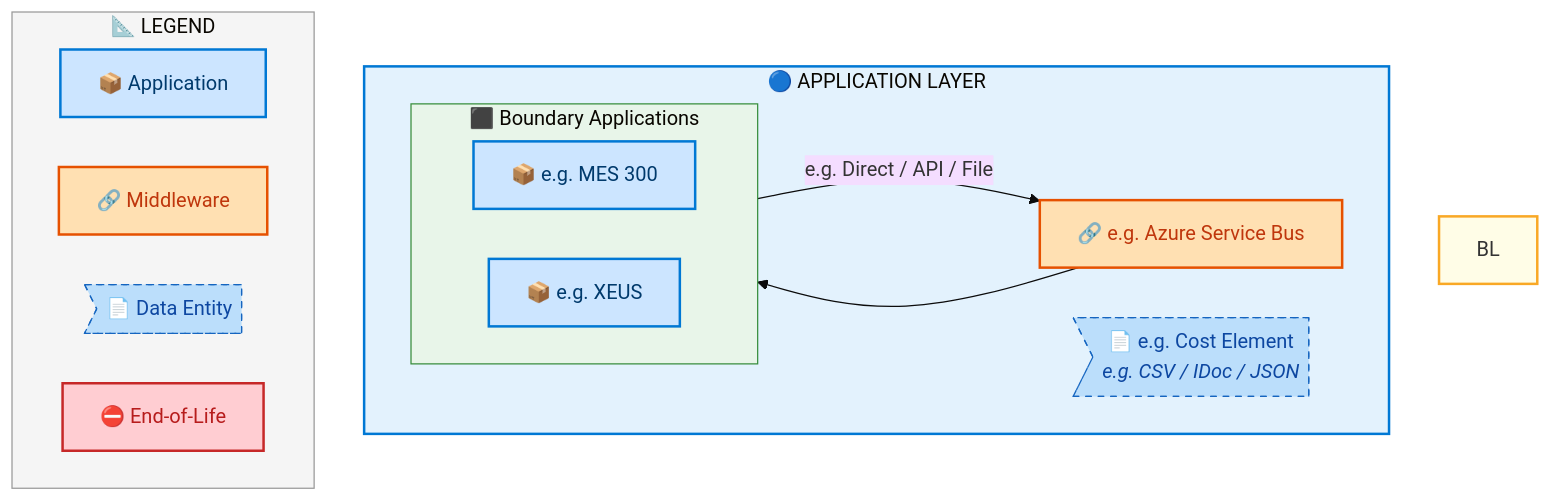
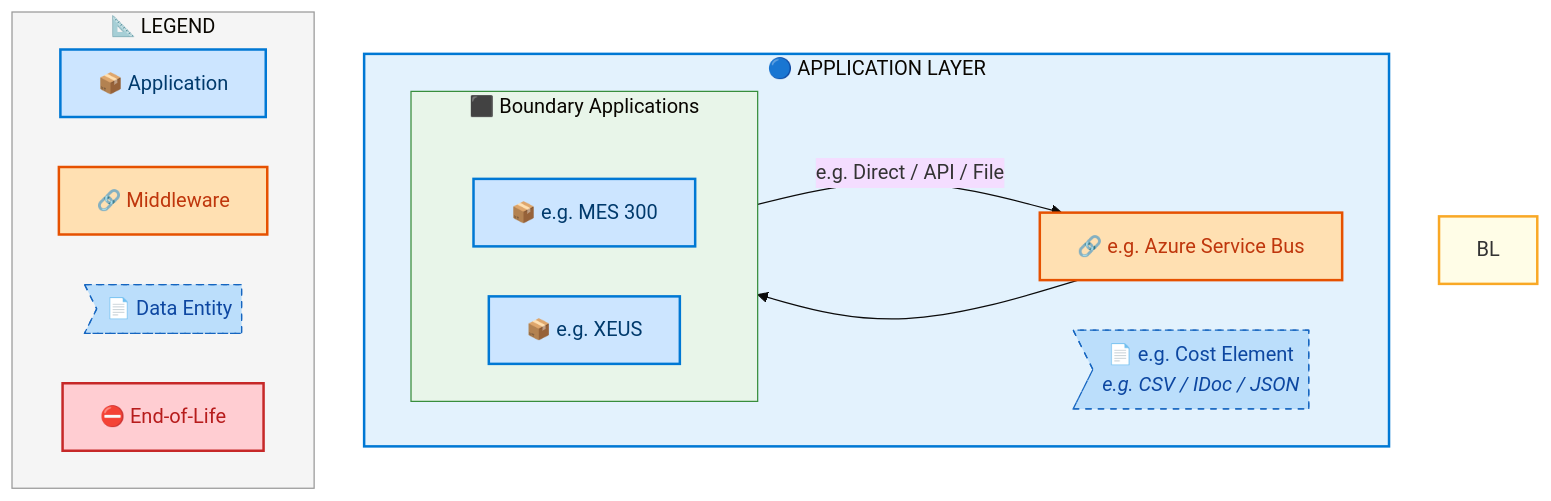
One commit to sajivfrancis777/IAO-Architecture changed the fourth of 7 diagrams in towers/E2E/Forecast to Stock/E2E-122/output/docs/systems-architecture/E2E-122-Architecture.md. Above: the diagram before and after it, drawn with Mermaid. The commit also changed other lines of this file and 250 other files, not shown here.

First line of the commit message:
perf+fix: lazy Mermaid rendering + rank-enforced layer ordering

````diff
--- a/towers/E2E/Forecast to Stock/E2E-122/output/docs/systems-architecture/E2E-122-Architecture.md
+++ b/towers/E2E/Forecast to Stock/E2E-122/output/docs/systems-architecture/E2E-122-Architecture.md
@@ -455,42 +455,44 @@
 ```mermaid
 %%{init: {"theme": "base", "securityLevel": "loose", "themeVariables": {"fontSize": "16px", "fontFamily": "Segoe UI, Arial, sans-serif"}, "flowchart": {"useMaxWidth": false, "htmlLabels": true, "nodeSpacing": 40, "rankSpacing": 50}} }%%
 flowchart TB
     %% -- ArchiMate 3.2 + Azure style classes --
     classDef business      fill:#FFFFB3,stroke:#F9A825,stroke-width:2px,color:#000
     classDef app           fill:#CCE5FF,stroke:#0078D4,stroke-width:2px,color:#003A6C
     classDef data          fill:#BBDEFB,stroke:#1565C0,stroke-width:1px,color:#0D47A1,stroke-dasharray: 5 5
     classDef middleware    fill:#FFE0B2,stroke:#E65100,stroke-width:2px,color:#BF360C
     classDef eol           fill:#FFCDD2,stroke:#C62828,stroke-width:2px,color:#B71C1C
     classDef saas          fill:#E1BEE7,stroke:#7B1FA2,stroke-width:2px,color:#4A148C
     classDef cloud         fill:#BBDEFB,stroke:#1565C0,stroke-width:2px,color:#0D47A1
     classDef onprem        fill:#C8E6C9,stroke:#2E7D32,stroke-width:2px,color:#1B5E20
+    classDef rankAnchor    width:0px,height:0px,padding:0px,margin:0px,fill:none,stroke:none
 
     subgraph AL["🔵 APPLICATION LAYER"]
         direction LR
         subgraph E2E122CLN_Boundary_Applications[" ⬛ Boundary Applications"]
             direction LR
+            E2E122C_ALRANK_0[ ]:::rankAnchor
             E2E122C_e_g_MES_300["📦 e.g. MES 300"]:::app
             E2E122C_e_g_XEUS["📦 e.g. XEUS"]:::app
         end
         E2E122CMW_e_g_Azure_Service_Bus["🔗 e.g. Azure Service Bus"]:::middleware
         E2E122CDE_e_g_Cost_Element>"📄 e.g. Cost Element<br/><i>e.g. CSV / IDoc / JSON</i>"]:::data
     end
 
     E2E122C_e_g_MES_300 -->|"e.g. Direct / API / File"| E2E122CMW_e_g_Azure_Service_Bus
     E2E122CMW_e_g_Azure_Service_Bus --> E2E122C_e_g_XEUS
 
 
     style BL fill:#FFFDE7,stroke:#F9A825,stroke-width:2px
     style AL fill:#E3F2FD,stroke:#0078D4,stroke-width:2px
 
     style E2E122CLN_Boundary_Applications fill:#E8F5E9,stroke:#388E3C,stroke-width:1px
 
     subgraph Legend["📐 LEGEND"]
         direction LR
         L_APP["📦 Application"]:::app
         L_MW["🔗 Middleware"]:::middleware
         L_DE>"📄 Data Entity"]:::data
         L_EOL["⛔ End-of-Life"]:::eol
     end
     style Legend fill:#F5F5F5,stroke:#999,stroke-width:1px
 ```
````
